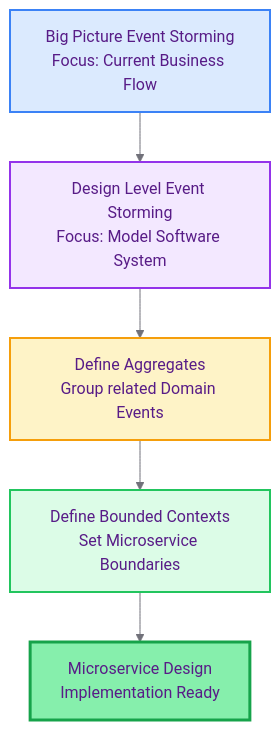
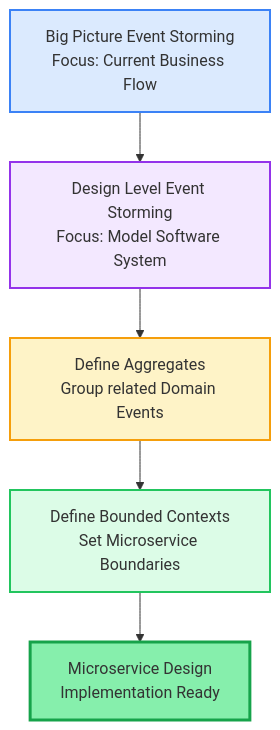
The first of 3 diagrams in 00-INBOX/practical-ddd-design-level-eventstorming.md (jirayusueb/memo-vault), drawn with Mermaid before and after one commit. The commit also changed other lines of this file and 2 other files, not shown here.

Commit message:
Remove: Mermaid theme init blocks

````diff
--- a/00-INBOX/practical-ddd-design-level-eventstorming.md
+++ b/00-INBOX/practical-ddd-design-level-eventstorming.md
@@ -13,31 +13,20 @@
 ```mermaid
-%%{init: {
-  'theme': 'base',
-  'themeVariables': {
-    'primaryColor': '#faf5ff',
-    'primaryTextColor': '#581c87',
-    'primaryBorderColor': '#9333ea',
-    'lineColor': '#71717a',
-    'secondaryColor': '#fef3c7',
-    'tertiaryColor': '#f3e8ff',
-    'background': '#ffffff'
-  }
-}}%%
+
 graph TD
     BP[Big Picture Event Storming<br/>Focus: Current Business Flow]
     DL[Design Level Event Storming<br/>Focus: Model Software System]
     AGG[Define Aggregates<br/>Group related Domain Events]
     BC[Define Bounded Contexts<br/>Set Microservice Boundaries]
     MS[Microservice Design<br/>Implementation Ready]
 
     BP --> DL
     DL --> AGG
     AGG --> BC
     BC --> MS
 
     style BP fill:#dbeafe,stroke:#3b82f6,stroke-width:2px
     style DL fill:#f3e8ff,stroke:#9333ea,stroke-width:2px
     style AGG fill:#fef3c7,stroke:#f59e0b,stroke-width:2px
     style BC fill:#dcfce7,stroke:#22c55e,stroke-width:2px
     style MS fill:#86efac,stroke:#16a34a,stroke-width:3px
 ```
````
